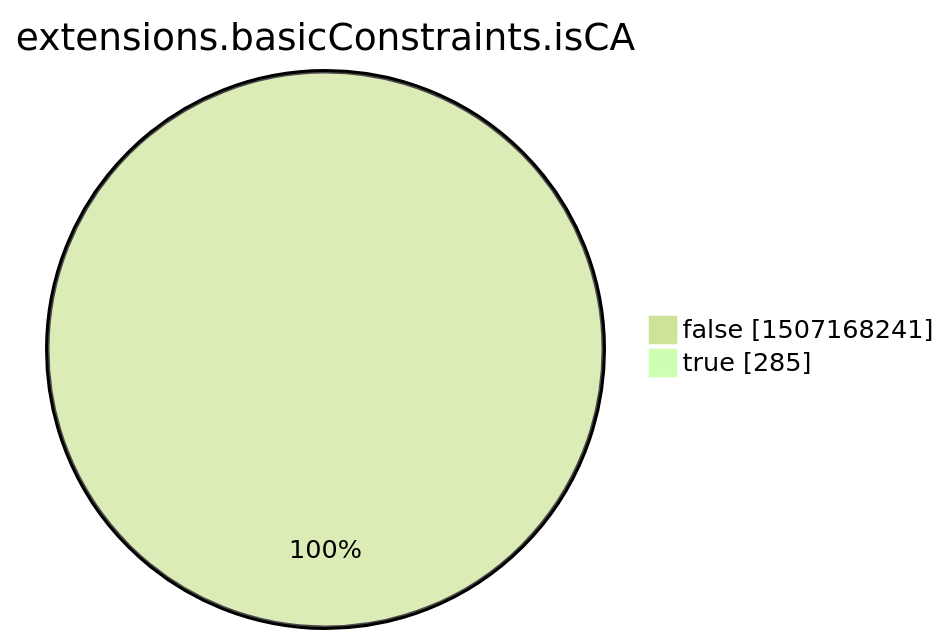
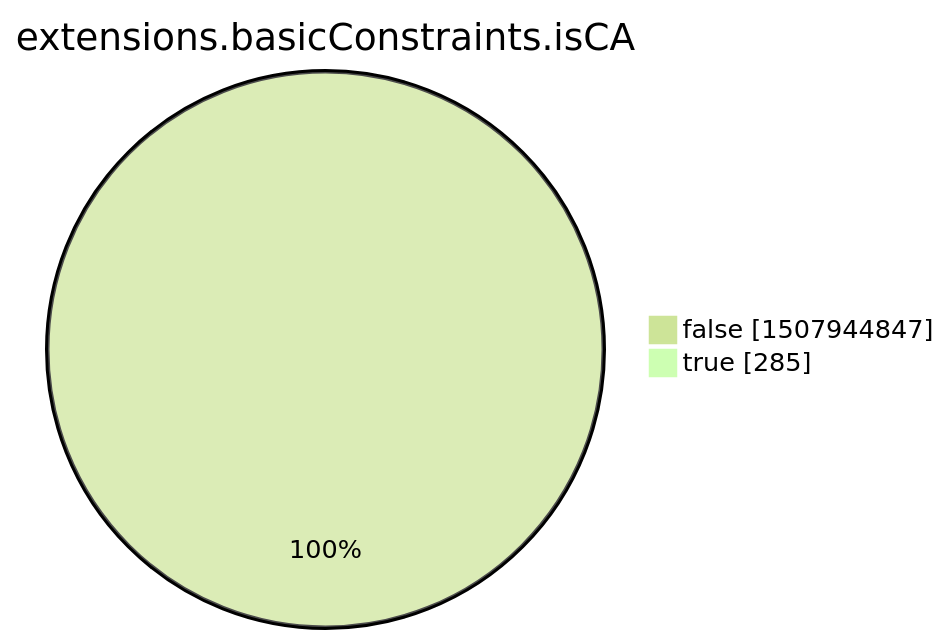
The eighth of 15 diagrams in xenon2022/README.md (christiankrug/ctmonitor_visualization), drawn with Mermaid (forest theme) before and after one commit. The commit also changed other lines of this file, not shown here.

````diff
--- a/xenon2022/README.md
+++ b/xenon2022/README.md
@@ -2854,6 +2854,6 @@
 ```mermaid
 pie showData
 title extensions.basicConstraints.isCA
-"false" :1507168241
+"false" :1507944847
 "true" :285
 ```
````
